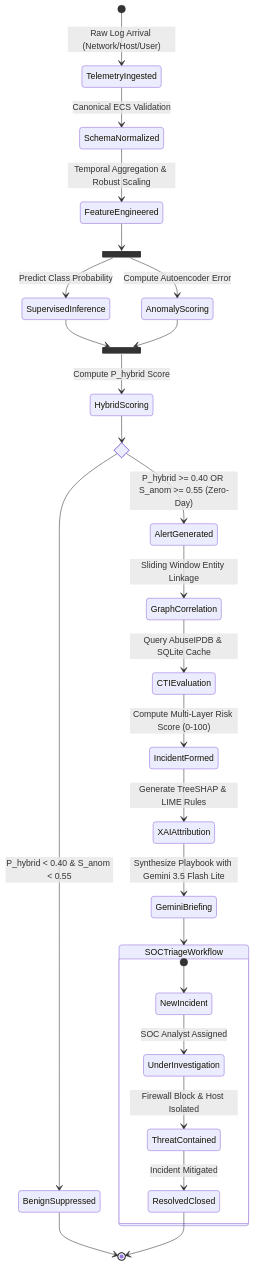
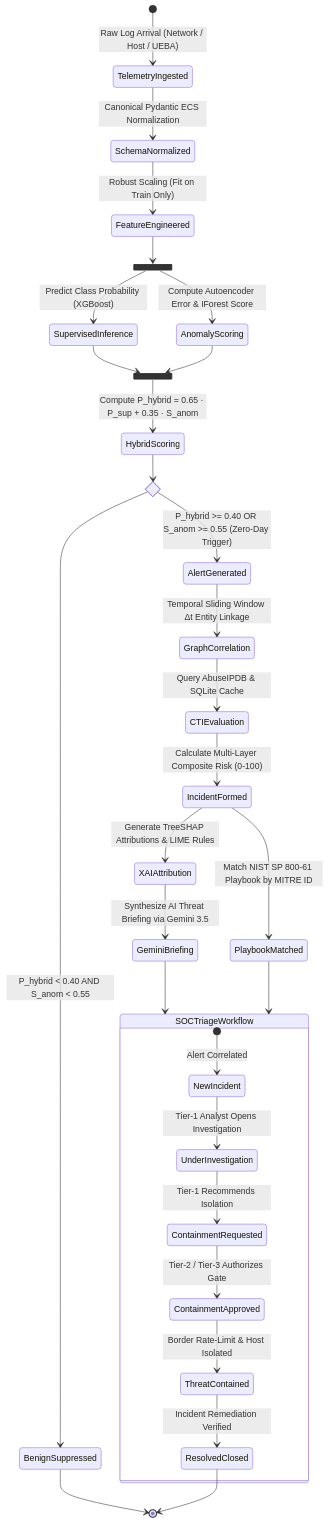
Before and after one commit to pavanstarkin-tech/CyberVision: the second of 4 diagrams in README.md, drawn with Mermaid. The commit also changed other lines of this file, not shown here.

Commit message:
docs: comprehensive update to README with architecture diagrams, state machines, sequence flows, empirical tables, and RBAC guides

````diff
--- a/README.md
+++ b/README.md
@@ -92,40 +103,44 @@
 ```mermaid
 stateDiagram-v2
-    [*] --> TelemetryIngested: Raw Log Arrival (Network/Host/User)
-    TelemetryIngested --> SchemaNormalized: Canonical ECS Validation
-    SchemaNormalized --> FeatureEngineered: Temporal Aggregation & Robust Scaling
+    [*] --> TelemetryIngested: Raw Log Arrival (Network / Host / UEBA)
+    TelemetryIngested --> SchemaNormalized: Canonical Pydantic ECS Normalization
+    SchemaNormalized --> FeatureEngineered: Robust Scaling (Fit on Train Only)
     
     state DetectionFork <<fork>>
     FeatureEngineered --> DetectionFork
-    DetectionFork --> SupervisedInference: Predict Class Probability
-    DetectionFork --> AnomalyScoring: Compute Autoencoder Error
+    DetectionFork --> SupervisedInference: Predict Class Probability (XGBoost)
+    DetectionFork --> AnomalyScoring: Compute Autoencoder Error & IForest Score
     
     state DetectionJoin <<join>>
     SupervisedInference --> DetectionJoin
     AnomalyScoring --> DetectionJoin
     
-    DetectionJoin --> HybridScoring: Compute P_hybrid Score
+    DetectionJoin --> HybridScoring: Compute P_hybrid = 0.65 · P_sup + 0.35 · S_anom
     
     state Decision <<choice>>
     HybridScoring --> Decision
-    Decision --> BenignSuppressed: P_hybrid < 0.40 & S_anom < 0.55
-    Decision --> AlertGenerated: P_hybrid >= 0.40 OR S_anom >= 0.55 (Zero-Day)
+    Decision --> BenignSuppressed: P_hybrid < 0.40 AND S_anom < 0.55
+    Decision --> AlertGenerated: P_hybrid >= 0.40 OR S_anom >= 0.55 (Zero-Day Trigger)
     
-    AlertGenerated --> GraphCorrelation: Sliding Window Entity Linkage
+    AlertGenerated --> GraphCorrelation: Temporal Sliding Window Δt Entity Linkage
     GraphCorrelation --> CTIEvaluation: Query AbuseIPDB & SQLite Cache
-    CTIEvaluation --> IncidentFormed: Compute Multi-Layer Risk Score (0-100)
+    CTIEvaluation --> IncidentFormed: Calculate Multi-Layer Composite Risk (0-100)
     
-    IncidentFormed --> XAIAttribution: Generate TreeSHAP & LIME Rules
-    XAIAttribution --> GeminiBriefing: Synthesize Playbook with Gemini 3.5 Flash Lite
+    IncidentFormed --> XAIAttribution: Generate TreeSHAP Attributions & LIME Rules
+    IncidentFormed --> PlaybookMatched: Match NIST SP 800-61 Playbook by MITRE ID
+    XAIAttribution --> GeminiBriefing: Synthesize AI Threat Briefing via Gemini 3.5
     
     state SOCTriageWorkflow {
-        [*] --> NewIncident
-        NewIncident --> UnderInvestigation: SOC Analyst Assigned
-        UnderInvestigation --> ThreatContained: Firewall Block & Host Isolated
-        ThreatContained --> ResolvedClosed: Incident Mitigated
+        [*] --> NewIncident: Alert Correlated
+        NewIncident --> UnderInvestigation: Tier-1 Analyst Opens Investigation
+        UnderInvestigation --> ContainmentRequested: Tier-1 Recommends Isolation
+        ContainmentRequested --> ContainmentApproved: Tier-2 / Tier-3 Authorizes Gate
+        ContainmentApproved --> ThreatContained: Border Rate-Limit & Host Isolated
+        ThreatContained --> ResolvedClosed: Incident Remediation Verified
     }
     
     GeminiBriefing --> SOCTriageWorkflow
+    PlaybookMatched --> SOCTriageWorkflow
     BenignSuppressed --> [*]
     ResolvedClosed --> [*]
 ```
````
